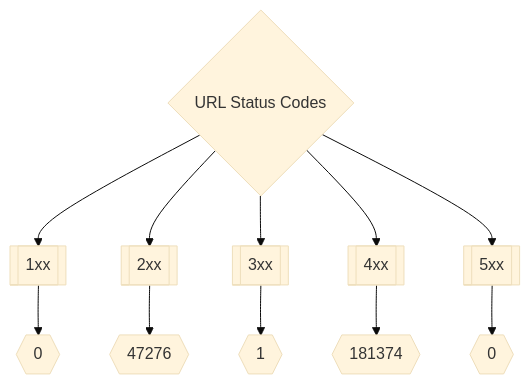
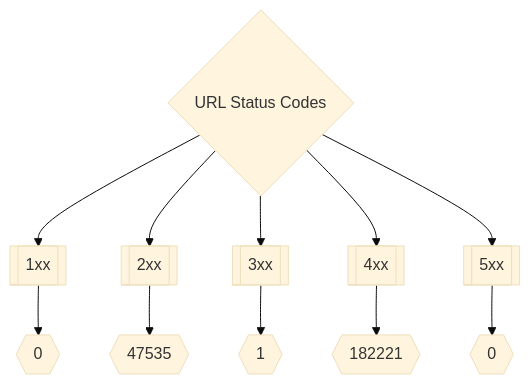
Before and after one commit to trickest/inventory: the second of 3 diagrams in README.md, drawn with Mermaid (base theme). The commit also changed other lines of this file, not shown here.

Commit message:
Update Wed Mar 30 13:09:07 UTC 2022

````diff
--- a/README.md
+++ b/README.md
@@ -173,8 +173,8 @@
 ```mermaid
 graph TD
 title{URL Status Codes} --> 1xx[[1xx]] --> status1xxNum{{0}}
-title --> 2xx[[2xx]] --> status2xxNum{{47276}}
+title --> 2xx[[2xx]] --> status2xxNum{{47535}}
 title --> 3xx[[3xx]] --> status3xxNum{{1}}
-title --> 4xx[[4xx]] --> status4xxNum{{181374}}
+title --> 4xx[[4xx]] --> status4xxNum{{182221}}
 title --> 5xx[[5xx]] --> status5xxNum{{0}}
 ```
````
